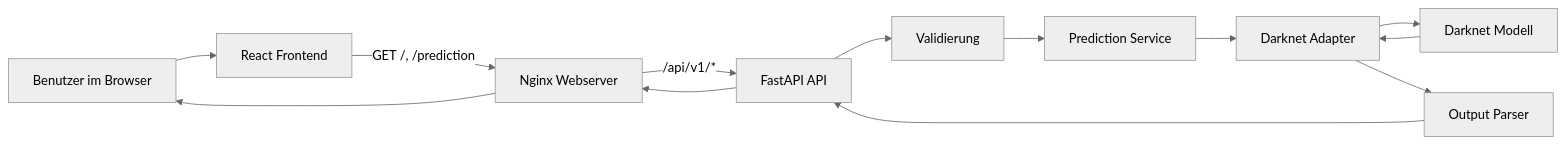
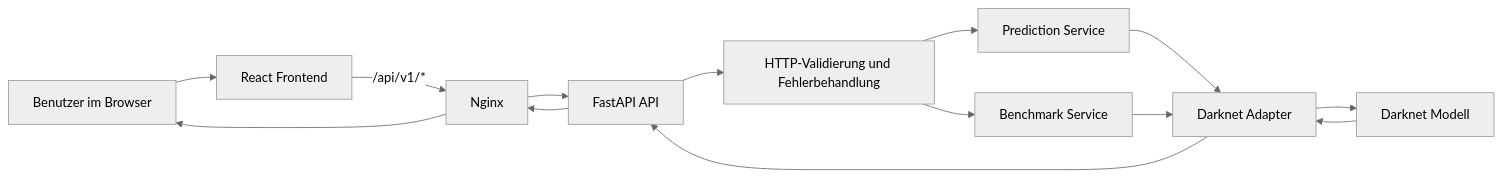
One commit to niMtAndoX/cnn-fruiting-body-modeling-tp-ss26 changed the diagram in README.md. Above: the diagram before and after it, drawn with Mermaid (neutral theme). The commit also changed other lines of this file and 4 other files, not shown here.

````diff
--- a/README.md
+++ b/README.md
@@ -22,15 +63,16 @@
 ```mermaid
 flowchart LR
     U[Benutzer im Browser] --> W[React Frontend]
-    W -->|GET /, /prediction| N[Nginx Webserver]
-    N -->|/api/v1/*| A[FastAPI API]
-    A --> V[Validierung]
-    V --> S[Prediction Service]
-    S --> D[Darknet Adapter]
+    W -->|/api/v1/*| N[Nginx]
+    N --> A[FastAPI API]
+    A --> H[HTTP-Validierung und Fehlerbehandlung]
+    H --> P[Prediction Service]
+    H --> B[Benchmark Service]
+    P --> D[Darknet Adapter]
+    B --> D
     D --> M[Darknet Modell]
     M --> D
-    D --> P[Output Parser]
-    P --> A
+    D --> A
     A --> N
     N --> U
 ```
````
